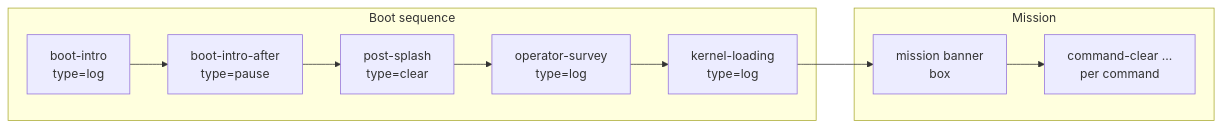
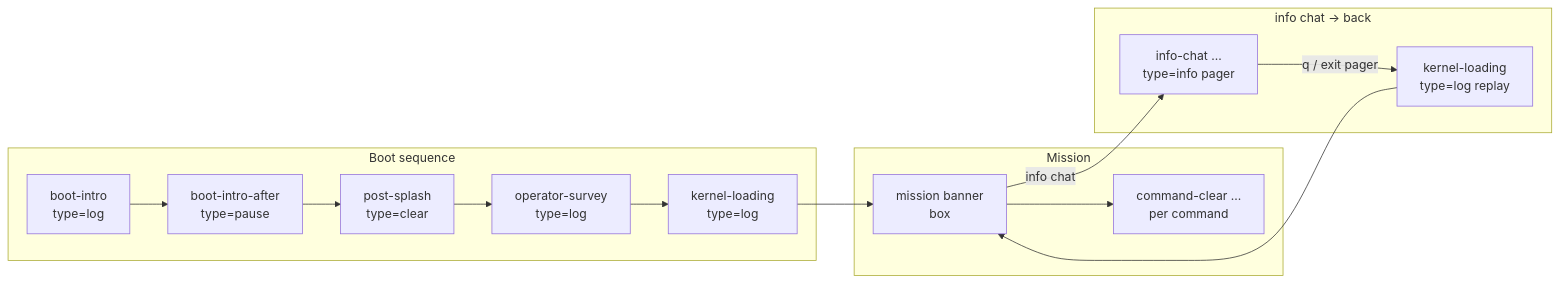
One commit to OrithmicSoftware/terminal-hs-game changed the diagram in docs/scenes.md. Above: the diagram before and after it, drawn with Mermaid. The commit also changed other lines of this file and 22 other files, not shown here.

````diff
--- a/docs/scenes.md
+++ b/docs/scenes.md
@@ -41,13 +41,18 @@
 ```mermaid
 flowchart LR
   subgraph boot["Boot sequence"]
     A["boot-intro<br/>type=log"] --> B["boot-intro-after<br/>type=pause"]
     B --> C["post-splash<br/>type=clear"]
     C --> D["operator-survey<br/>type=log"]
     D --> E["kernel-loading<br/>type=log"]
   end
   subgraph shell["Mission"]
     E --> F["mission banner<br/>box"]
     F --> G["command-clear …<br/>per command"]
   end
+  subgraph infoChat["info chat → back"]
+    F -->|"info chat"| H["info-chat …<br/>type=info pager"]
+    H -->|"q / exit pager"| I["kernel-loading<br/>type=log replay"]
+    I --> F
+  end
 ```
````
